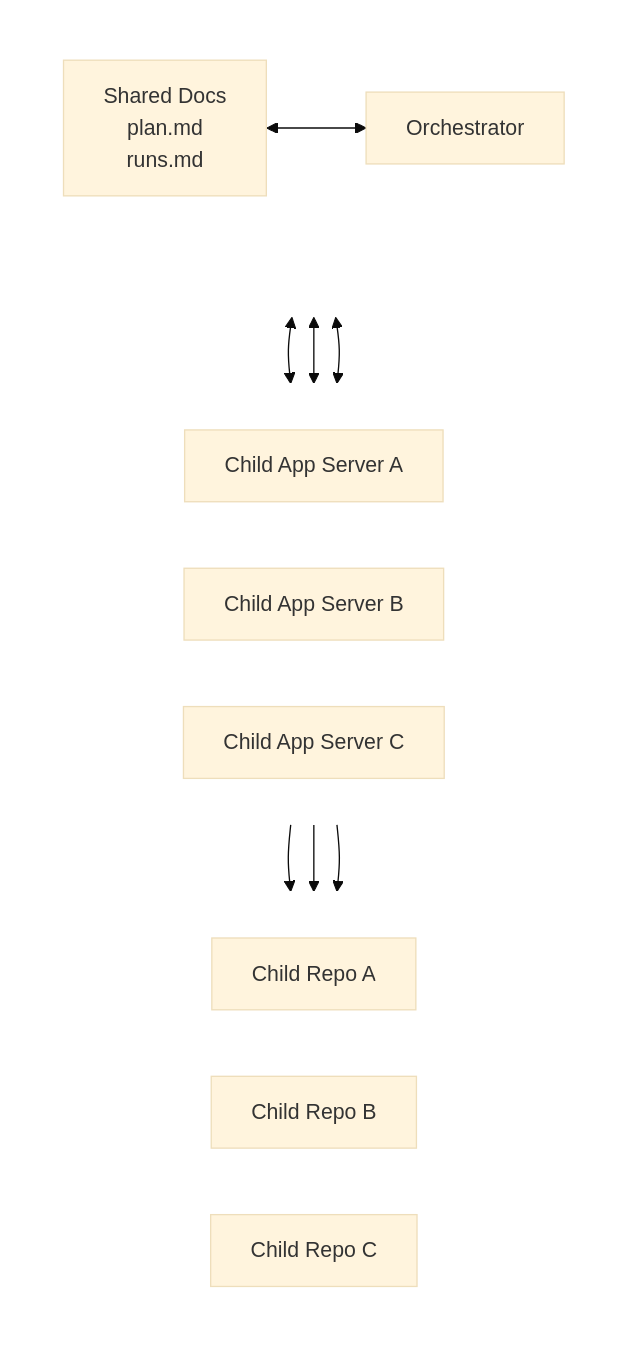
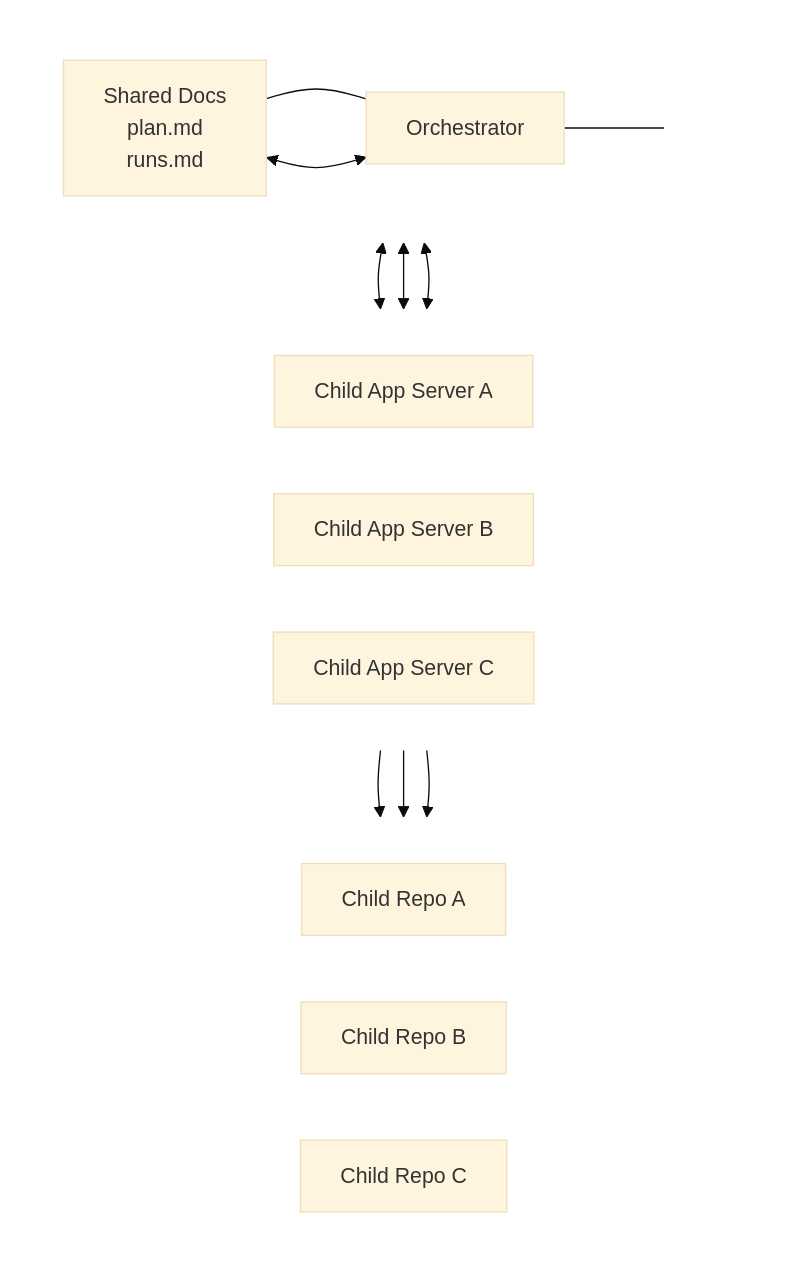
Before and after one commit to yeutterg/codex-orchestrator: the diagram in README.md, drawn with Mermaid (base theme).

Commit message:
Force top-row docs alignment in README diagram

````diff
--- a/README.md
+++ b/README.md
@@ -18,35 +18,38 @@
 ```mermaid
 flowchart TD
     subgraph Top[" "]
         direction LR
         D["Shared Docs<br/>plan.md<br/>runs.md"]
         O[Orchestrator]
         X[" "]
+
+        D --- O
+        O --- X
     end
 
     subgraph Servers[" "]
         direction LR
         A[Child App Server A]
         B[Child App Server B]
         C[Child App Server C]
     end
 
     subgraph Repos[" "]
         direction LR
         RA[Child Repo A]
         RB[Child Repo B]
         RC[Child Repo C]
     end
 
     classDef invisible fill:transparent,stroke:transparent,color:transparent
     class Top,Servers,Repos invisible
     class X invisible
 
     D <--> O
     O <--> A
     O <--> B
     O <--> C
     A --> RA
     B --> RB
     C --> RC
 ```
````
